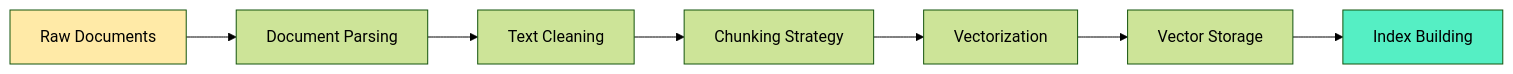
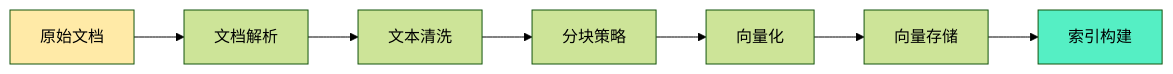
The ninth of 15 diagrams in i18n/zh-Hans/docusaurus-plugin-content-docs/current/ai/rag/01-introduction.mdx (YiWang24/AiDIY), drawn with Mermaid (forest theme) before and after one commit. The commit also changed other lines of this file and 59 other files, not shown here.

````diff
--- a/i18n/zh-Hans/docusaurus-plugin-content-docs/current/ai/rag/01-introduction.mdx
+++ b/i18n/zh-Hans/docusaurus-plugin-content-docs/current/ai/rag/01-introduction.mdx
@@ -698,12 +698,12 @@
 ```mermaid
 flowchart LR
-    A["Raw Documents"] --> B["Document Parsing"]
-    B --> C["Text Cleaning"]
-    C --> D["Chunking Strategy"]
-    D --> E["Vectorization"]
-    E --> F["Vector Storage"]
-    F --> G["Index Building"]
+    A["原始文档"] --> B["文档解析"]
+    B --> C["文本清洗"]
+    C --> D["分块策略"]
+    D --> E["向量化"]
+    E --> F["向量存储"]
+    F --> G["索引构建"]
 
     style A fill:#ffeaa7
     style G fill:#55efc4
 ```
````
